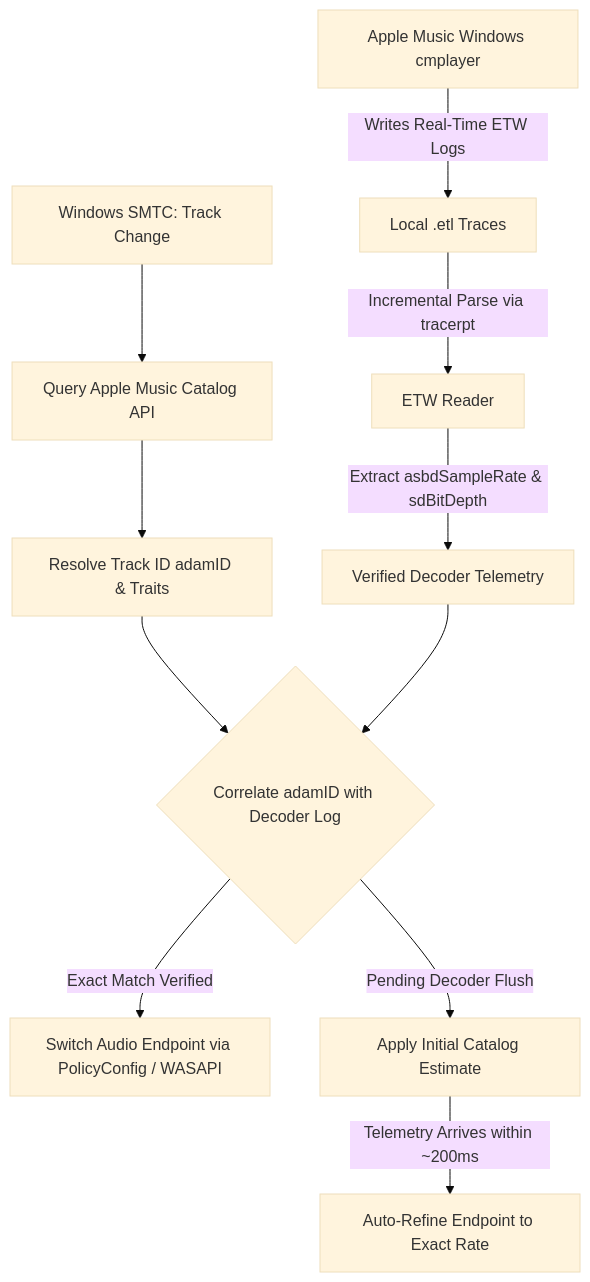
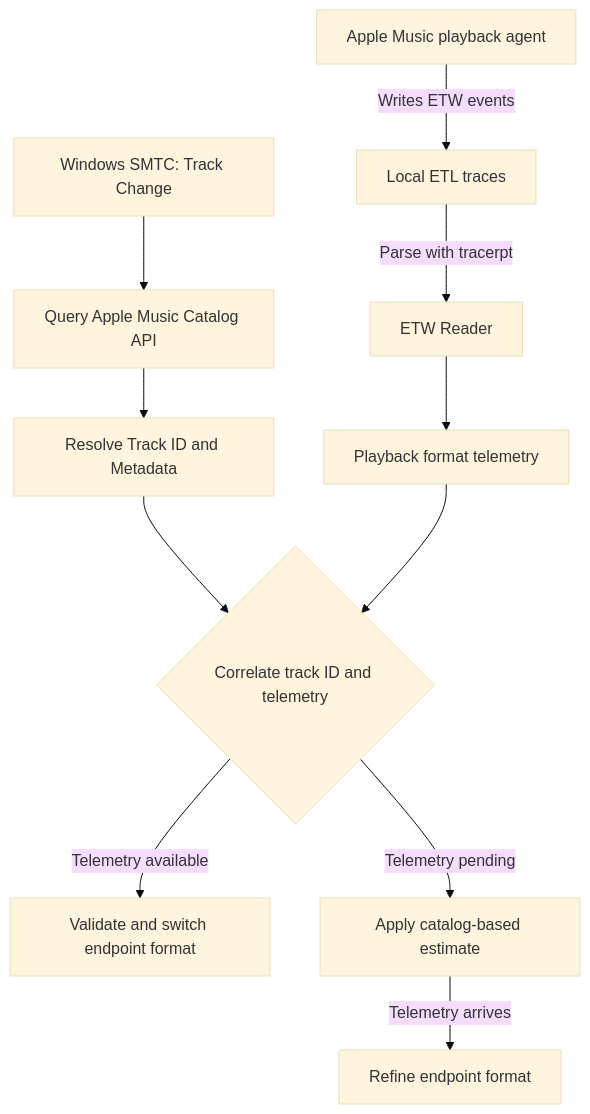
One commit to pratama1246/AMWin-LosslessSwitcher changed the diagram in README.md. Above: the diagram before and after it, drawn with Mermaid (base theme). The commit also changed other lines of this file and 2 other files, not shown here.

````diff
--- a/README.md
+++ b/README.md
@@ -47,16 +47,16 @@
 ```mermaid
 flowchart TD
     SMTC[Windows SMTC: Track Change] --> Metadata[Query Apple Music Catalog API]
-    Metadata --> GetID[Resolve Track ID adamID & Traits]
-    
-    AMWin[Apple Music Windows cmplayer] -->|Writes Real-Time ETW Logs| ETL[Local .etl Traces]
-    ETL -->|Incremental Parse via tracerpt| ETW[ETW Reader]
-    ETW -->|Extract asbdSampleRate & sdBitDepth| FormatMap[Verified Decoder Telemetry]
+    Metadata --> GetID[Resolve Track ID and Metadata]
 
-    GetID --> Correlate{Correlate adamID with Decoder Log}
+    AMWin[Apple Music playback agent] -->|Writes ETW events| ETL[Local ETL traces]
+    ETL -->|Parse with tracerpt| ETW[ETW Reader]
+    ETW --> FormatMap[Playback format telemetry]
+
+    GetID --> Correlate{Correlate track ID and telemetry}
     FormatMap --> Correlate
 
-    Correlate -->|Exact Match Verified| Switch[Switch Audio Endpoint via PolicyConfig / WASAPI]
-    Correlate -->|Pending Decoder Flush| Fallback[Apply Initial Catalog Estimate]
-    Fallback -->|Telemetry Arrives within ~200ms| AutoRefine[Auto-Refine Endpoint to Exact Rate]
+    Correlate -->|Telemetry available| Switch[Validate and switch endpoint format]
+    Correlate -->|Telemetry pending| Fallback[Apply catalog-based estimate]
+    Fallback -->|Telemetry arrives| Refine[Refine endpoint format]
 ```
````
